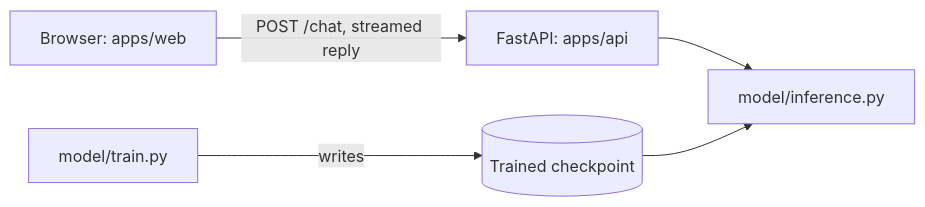
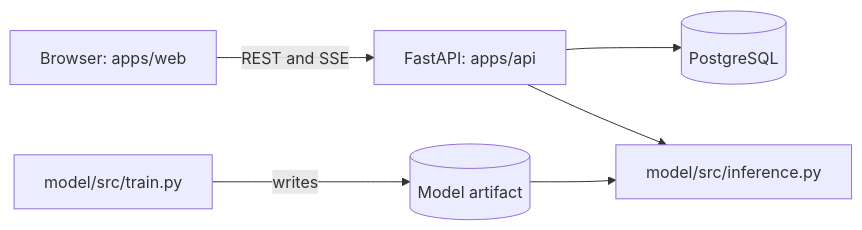
One commit to abdurrahmanse/brainX changed the diagram in docs/ARCHITECTURE.md. Above: the diagram before and after it, drawn with Mermaid. The commit also changed other lines of this file and 31 other files, not shown here.

````diff
--- a/docs/ARCHITECTURE.md
+++ b/docs/ARCHITECTURE.md
@@ -7,7 +7,8 @@
 ```mermaid
 flowchart LR
-    B[Browser: apps/web] -->|"POST /chat, streamed reply"| A[FastAPI: apps/api]
-    A --> I[model/inference.py]
-    C[(Trained checkpoint)] --> I
-    T[model/train.py] -->|writes| C
+    B[Browser: apps/web] -->|"REST and SSE"| A[FastAPI: apps/api]
+    A --> D[(PostgreSQL)]
+    A --> I[model/src/inference.py]
+    C[(Model artifact)] --> I
+    T[model/src/train.py] -->|writes| C
 ```
````
